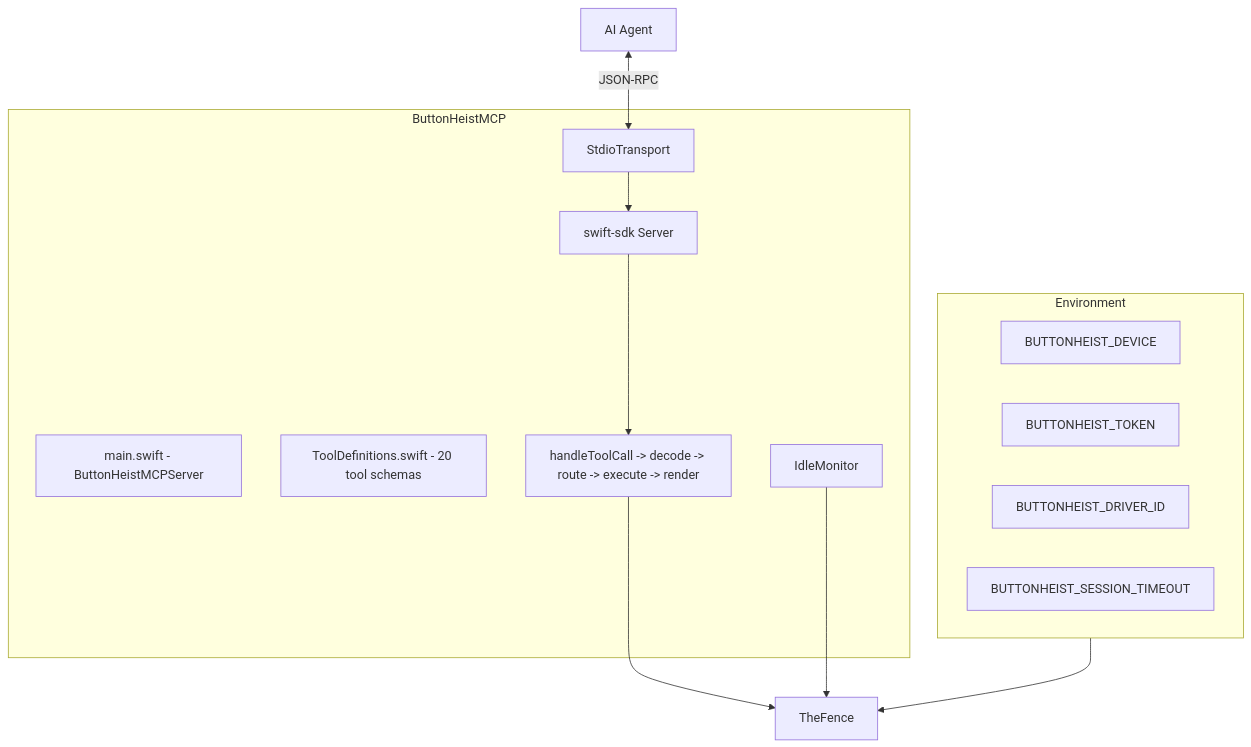
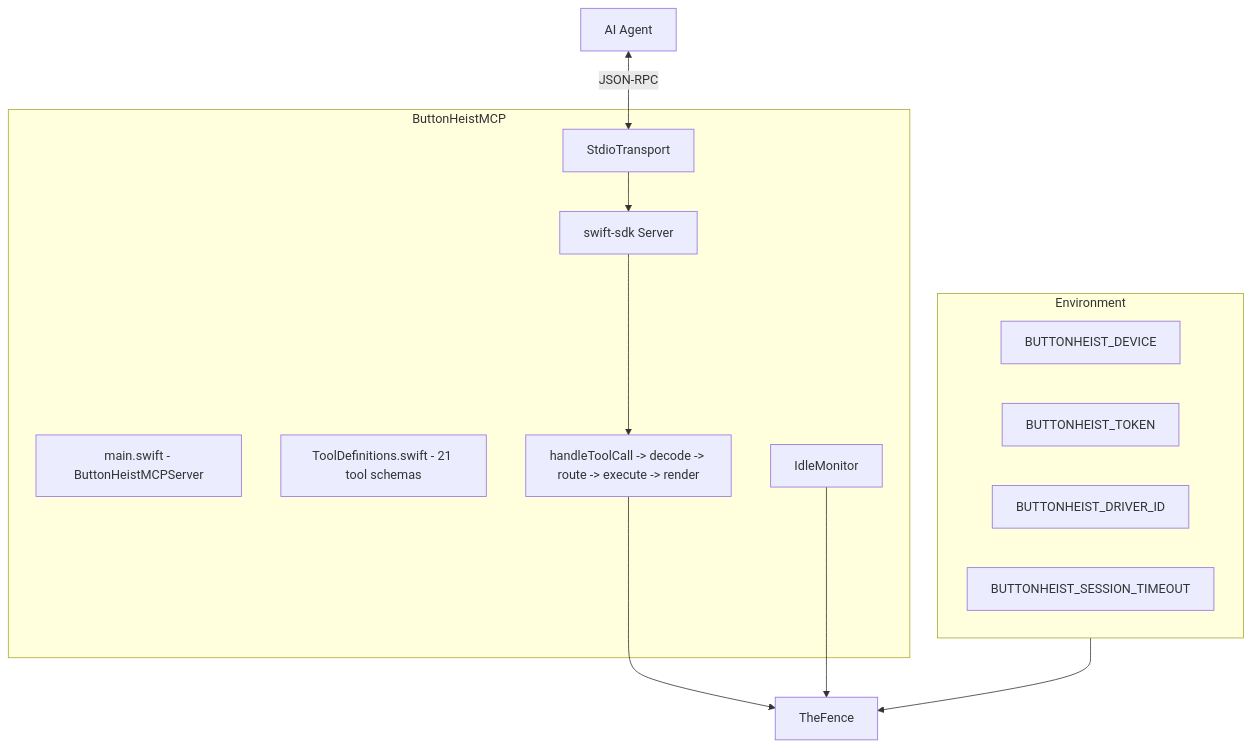
Before and after one commit to RoyalPineapple/TheButtonHeist: the diagram in docs/dossiers/12-MCP.md, drawn with Mermaid. The commit also changed other lines of this file and 19 other files, not shown here.

````diff
--- a/docs/dossiers/12-MCP.md
+++ b/docs/dossiers/12-MCP.md
@@ -19,25 +19,25 @@
 ```mermaid
 graph TD
     subgraph MCP["ButtonHeistMCP"]
         Main["main.swift - ButtonHeistMCPServer"]
         Server["swift-sdk Server"]
         Transport["StdioTransport"]
-        Tools["ToolDefinitions.swift - 20 tool schemas"]
+        Tools["ToolDefinitions.swift - 21 tool schemas"]
         Handler["handleToolCall -> decode -> route -> execute -> render"]
         Idle["IdleMonitor"]
     end
 
     subgraph Config["Environment"]
         Device["BUTTONHEIST_DEVICE"]
         Token["BUTTONHEIST_TOKEN"]
         Driver["BUTTONHEIST_DRIVER_ID"]
         Timeout["BUTTONHEIST_SESSION_TIMEOUT"]
     end
 
     Agent["AI Agent"] <-->|JSON-RPC| Transport
     Transport --> Server
     Server --> Handler
     Handler --> TheFence["TheFence"]
     Config --> TheFence
     Idle --> TheFence
 ```
````
